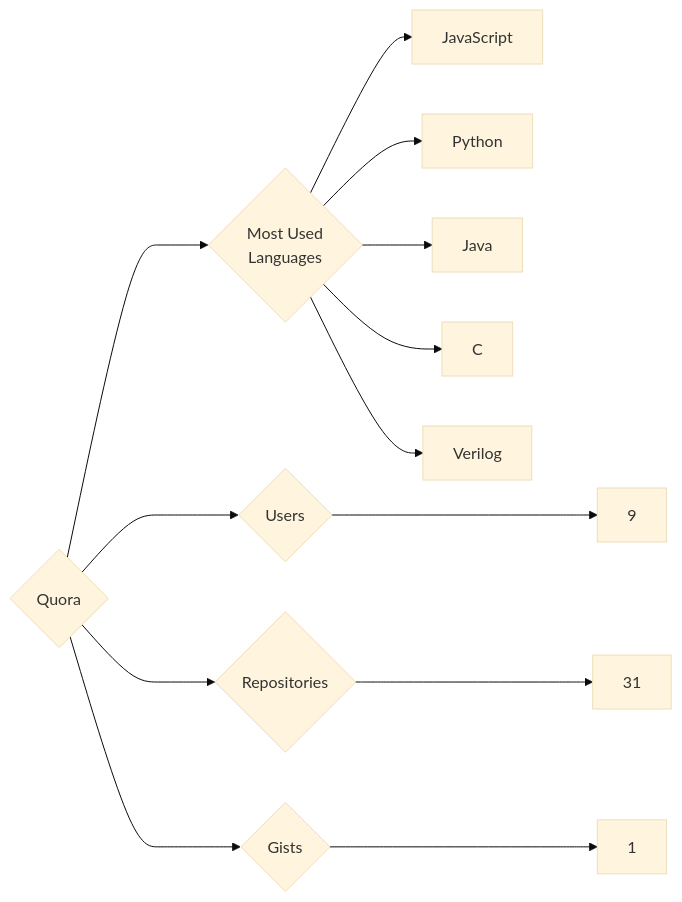
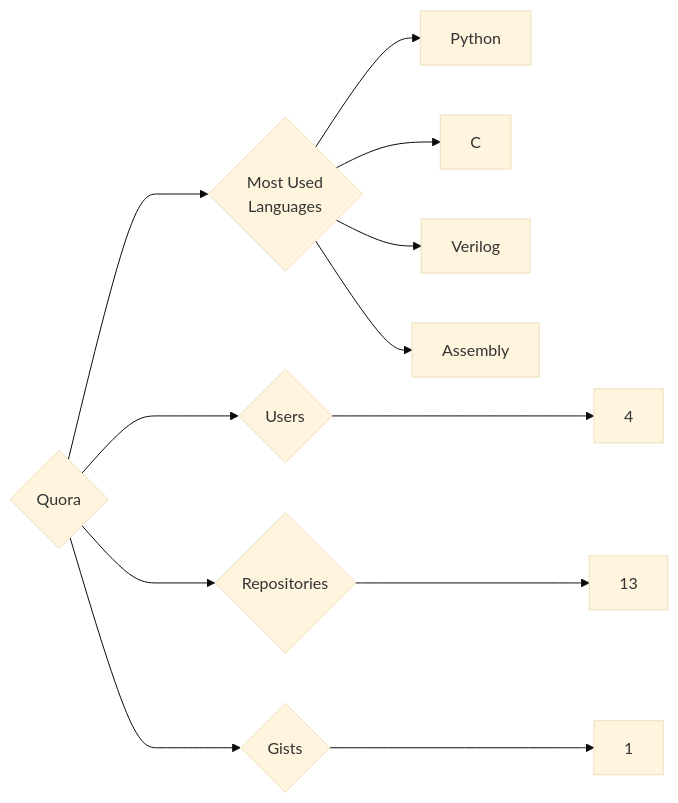
One commit to trickest/insiders changed the diagram in targets/Quora/README.md. Above: the diagram before and after it, drawn with Mermaid (base theme). The commit also changed 964 other files, not shown here.

````diff
--- a/targets/Quora/README.md
+++ b/targets/Quora/README.md
@@ -3,13 +3,12 @@
 ```mermaid
 graph LR
 COMPANY_NAME{Quora}
-COMPANY_NAME ---> U{Users} ---> UN[9]
-COMPANY_NAME ---> R{Repositories} ---> RN[31]
+COMPANY_NAME ---> U{Users} ---> UN[4]
+COMPANY_NAME ---> R{Repositories} ---> RN[13]
 COMPANY_NAME ---> G{Gists} ---> GN[1]
 COMPANY_NAME ---> ML{Most Used<br>Languages}
-ML --> JavaScript[JavaScript]
 ML --> Python[Python]
-ML --> Java[Java]
 ML --> C[C]
 ML --> Verilog[Verilog]
+ML --> Assembly[Assembly]
 ```
````
